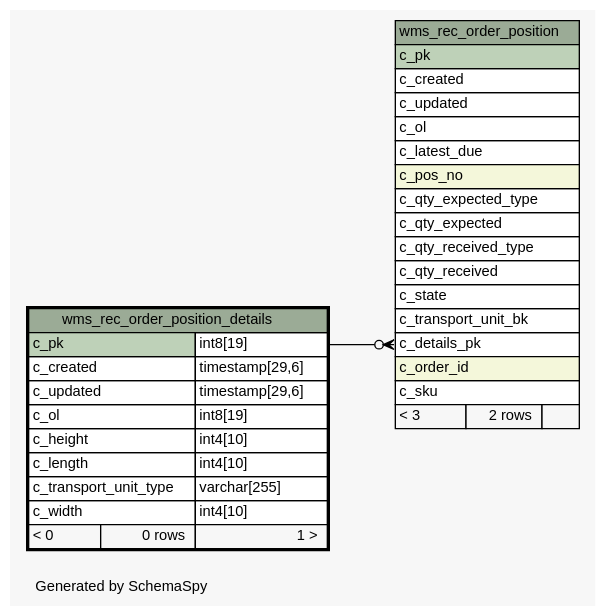
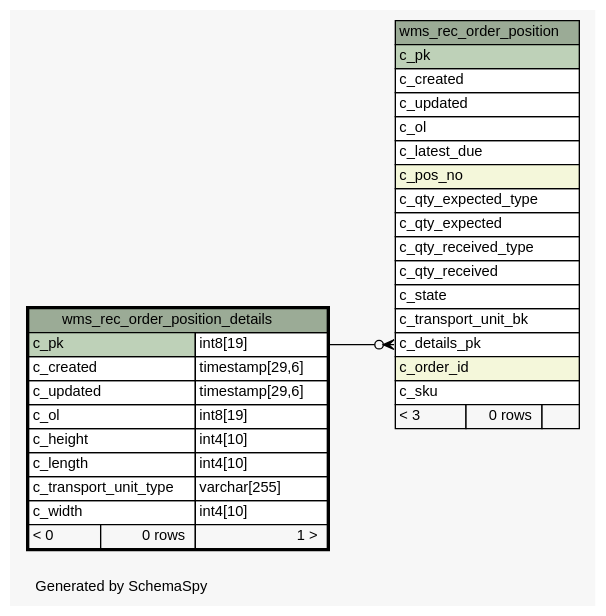
One commit to openwms/org.openwms.wms.receiving.lib changed the diagram in schemaspy/diagrams/wms_rec_order_position_details.1degree.dot. Above: the diagram before and after it, drawn with Graphviz. The commit also changed 208 other files, not shown here.

```diff
--- a/schemaspy/diagrams/wms_rec_order_position_details.1degree.dot
+++ b/schemaspy/diagrams/wms_rec_order_position_details.1degree.dot
@@ -1,64 +1,64 @@
-// dot 2.36.0 on Linux 4.4.0-101-generic
+// dot 2.38.0 on Linux 4.15.0-1055-gcp
 // SchemaSpy rev Unknown
 digraph "oneDegreeRelationshipsDiagram" {
   graph [
     rankdir="RL"
     bgcolor="#f7f7f7"
     label="\nGenerated by SchemaSpy"
     labeljust="l"
     nodesep="0.18"
     ranksep="0.46"
     fontname="Helvetica"
     fontsize="11"
   ];
   node [
     fontname="Helvetica"
     fontsize="11"
     shape="plaintext"
   ];
   edge [
     arrowsize="0.8"
   ];
   "wms_rec_order_position":"c_details_pk":w -> "wms_rec_order_position_details":"c_pk.type":e [arrowhead=none dir=back arrowtail=crowodot];
   "wms_rec_order_position" [
     label=<
     <TABLE BORDER="0" CELLBORDER="1" CELLSPACING="0" BGCOLOR="#ffffff">
       <TR><TD COLSPAN="3" BGCOLOR="#9bab96" ALIGN="CENTER">wms_rec_order_position</TD></TR>
       <TR><TD PORT="c_pk" COLSPAN="3" BGCOLOR="#bed1b8" ALIGN="LEFT">c_pk</TD></TR>
       <TR><TD PORT="c_created" COLSPAN="3" ALIGN="LEFT">c_created</TD></TR>
       <TR><TD PORT="c_updated" COLSPAN="3" ALIGN="LEFT">c_updated</TD></TR>
       <TR><TD PORT="c_ol" COLSPAN="3" ALIGN="LEFT">c_ol</TD></TR>
       <TR><TD PORT="c_latest_due" COLSPAN="3" ALIGN="LEFT">c_latest_due</TD></TR>
       <TR><TD PORT="c_pos_no" COLSPAN="3" BGCOLOR="#f4f7da" ALIGN="LEFT">c_pos_no</TD></TR>
       <TR><TD PORT="c_qty_expected_type" COLSPAN="3" ALIGN="LEFT">c_qty_expected_type</TD></TR>
       <TR><TD PORT="c_qty_expected" COLSPAN="3" ALIGN="LEFT">c_qty_expected</TD></TR>
       <TR><TD PORT="c_qty_received_type" COLSPAN="3" ALIGN="LEFT">c_qty_received_type</TD></TR>
       <TR><TD PORT="c_qty_received" COLSPAN="3" ALIGN="LEFT">c_qty_received</TD></TR>
       <TR><TD PORT="c_state" COLSPAN="3" ALIGN="LEFT">c_state</TD></TR>
       <TR><TD PORT="c_transport_unit_bk" COLSPAN="3" ALIGN="LEFT">c_transport_unit_bk</TD></TR>
       <TR><TD PORT="c_details_pk" COLSPAN="3" ALIGN="LEFT">c_details_pk</TD></TR>
       <TR><TD PORT="c_order_id" COLSPAN="3" BGCOLOR="#f4f7da" ALIGN="LEFT">c_order_id</TD></TR>
       <TR><TD PORT="c_sku" COLSPAN="3" ALIGN="LEFT">c_sku</TD></TR>
-      <TR><TD ALIGN="LEFT" BGCOLOR="#f7f7f7">&lt; 3</TD><TD ALIGN="RIGHT" BGCOLOR="#f7f7f7">2 rows</TD><TD ALIGN="RIGHT" BGCOLOR="#f7f7f7">  </TD></TR>
+      <TR><TD ALIGN="LEFT" BGCOLOR="#f7f7f7">&lt; 3</TD><TD ALIGN="RIGHT" BGCOLOR="#f7f7f7">0 rows</TD><TD ALIGN="RIGHT" BGCOLOR="#f7f7f7">  </TD></TR>
     </TABLE>>
     URL="wms_rec_order_position.html"
     tooltip="wms_rec_order_position"
   ];
   "wms_rec_order_position_details" [
     label=<
     <TABLE BORDER="2" CELLBORDER="1" CELLSPACING="0" BGCOLOR="#ffffff">
       <TR><TD COLSPAN="3" BGCOLOR="#9bab96" ALIGN="CENTER">wms_rec_order_position_details</TD></TR>
       <TR><TD PORT="c_pk" COLSPAN="2" BGCOLOR="#bed1b8" ALIGN="LEFT">c_pk</TD><TD PORT="c_pk.type" ALIGN="LEFT">int8[19]</TD></TR>
       <TR><TD PORT="c_created" COLSPAN="2" ALIGN="LEFT">c_created</TD><TD PORT="c_created.type" ALIGN="LEFT">timestamp[29,6]</TD></TR>
       <TR><TD PORT="c_updated" COLSPAN="2" ALIGN="LEFT">c_updated</TD><TD PORT="c_updated.type" ALIGN="LEFT">timestamp[29,6]</TD></TR>
       <TR><TD PORT="c_ol" COLSPAN="2" ALIGN="LEFT">c_ol</TD><TD PORT="c_ol.type" ALIGN="LEFT">int8[19]</TD></TR>
       <TR><TD PORT="c_height" COLSPAN="2" ALIGN="LEFT">c_height</TD><TD PORT="c_height.type" ALIGN="LEFT">int4[10]</TD></TR>
       <TR><TD PORT="c_length" COLSPAN="2" ALIGN="LEFT">c_length</TD><TD PORT="c_length.type" ALIGN="LEFT">int4[10]</TD></TR>
       <TR><TD PORT="c_transport_unit_type" COLSPAN="2" ALIGN="LEFT">c_transport_unit_type</TD><TD PORT="c_transport_unit_type.type" ALIGN="LEFT">varchar[255]</TD></TR>
       <TR><TD PORT="c_width" COLSPAN="2" ALIGN="LEFT">c_width</TD><TD PORT="c_width.type" ALIGN="LEFT">int4[10]</TD></TR>
       <TR><TD ALIGN="LEFT" BGCOLOR="#f7f7f7">&lt; 0</TD><TD ALIGN="RIGHT" BGCOLOR="#f7f7f7">0 rows</TD><TD ALIGN="RIGHT" BGCOLOR="#f7f7f7">1 &gt;</TD></TR>
     </TABLE>>
     URL="wms_rec_order_position_details.html"
     tooltip="wms_rec_order_position_details"
   ];
 }
```
